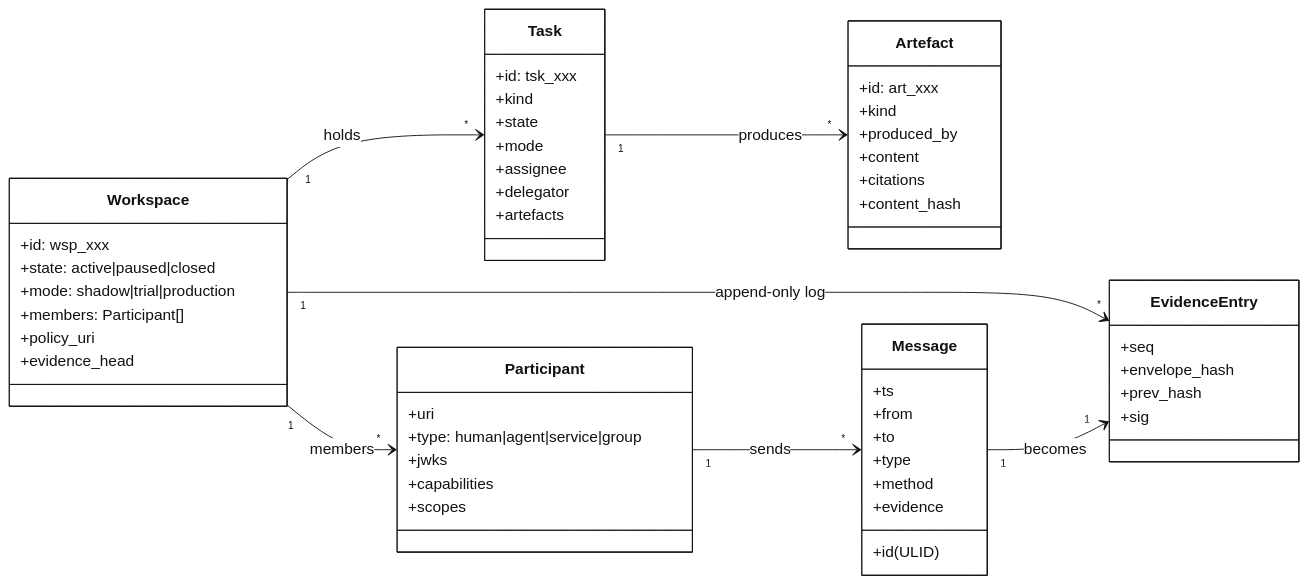
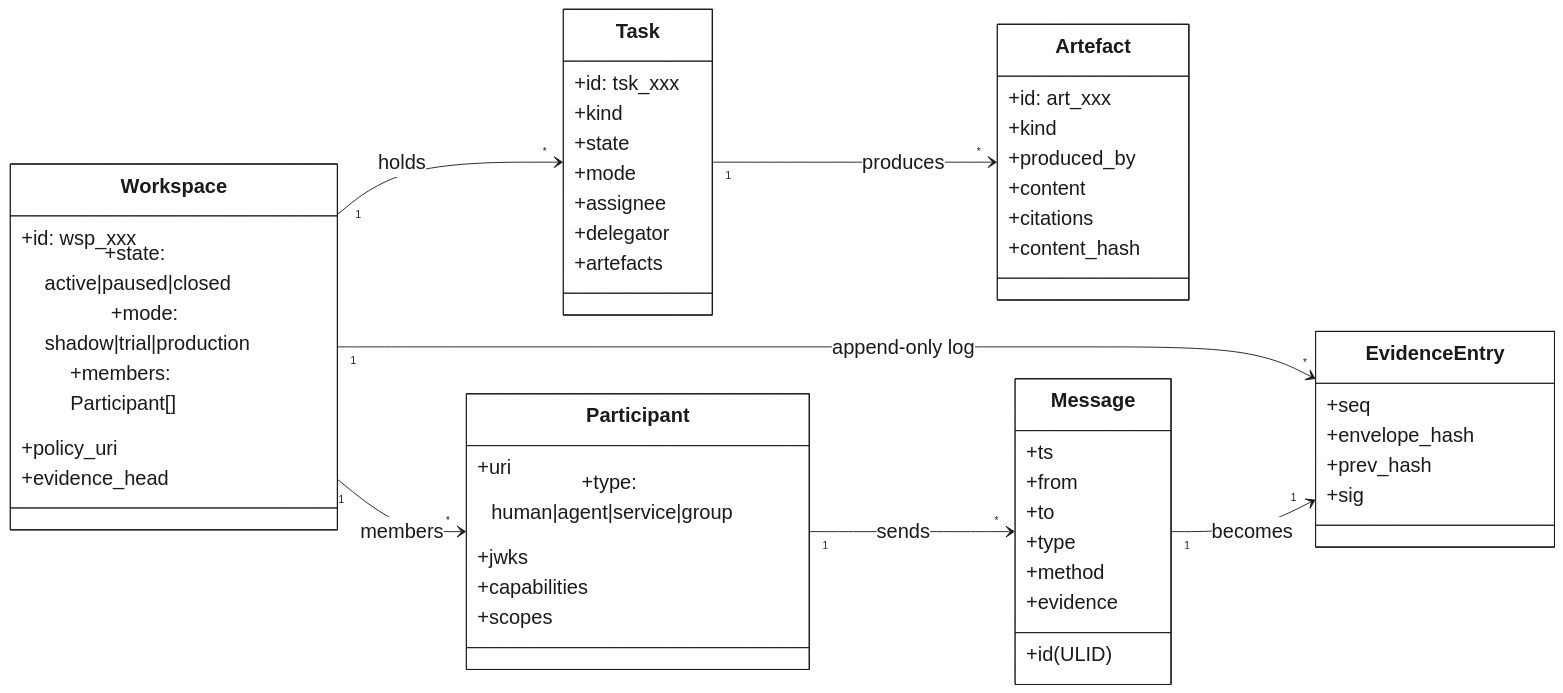
One commit to BrightbeamAI/chap changed the second of 9 diagrams in ARCHITECTURE.md. Above: the diagram before and after it, drawn with Mermaid. The commit also changed other lines of this file and 14 other files, not shown here.

````diff
--- a/ARCHITECTURE.md
+++ b/ARCHITECTURE.md
@@ -59,69 +59,69 @@
 ```mermaid
 %%{init: {
   "theme": "base",
   "themeVariables": {
-    "fontSize": "17px",
-    "fontFamily": "Helvetica, Arial, sans-serif",
+    "fontSize": "22px",
+    "fontFamily": "Arial, Helvetica, sans-serif",
     "primaryColor": "#ffffff",
-    "primaryTextColor": "#111111",
-    "primaryBorderColor": "#111111",
-    "lineColor": "#111111"
+    "primaryTextColor": "#1a1a1c",
+    "primaryBorderColor": "#1a1a1c",
+    "lineColor": "#1a1a1c"
   }
 }}%%
 classDiagram
     direction LR
     class Workspace {
       +id: wsp_xxx
       +state: active|paused|closed
       +mode: shadow|trial|production
       +members: Participant[]
       +policy_uri
       +evidence_head
     }
     class Participant {
       +uri
       +type: human|agent|service|group
       +jwks
       +capabilities
       +scopes
     }
     class Task {
       +id: tsk_xxx
       +kind
       +state
       +mode
       +assignee
       +delegator
       +artefacts
     }
     class Artefact {
       +id: art_xxx
       +kind
       +produced_by
       +content
       +citations
       +content_hash
     }
     class EvidenceEntry {
       +seq
       +envelope_hash
       +prev_hash
       +sig
     }
     class Message {
       +id (ULID)
       +ts
       +from
       +to
       +type
       +method
       +evidence
     }
 
     Workspace "1" --> "*" Participant : members
     Workspace "1" --> "*" Task        : holds
     Workspace "1" --> "*" EvidenceEntry : append-only log
     Task      "1" --> "*" Artefact    : produces
     Message   "1" --> "1" EvidenceEntry : becomes
     Participant "1" --> "*" Message   : sends
 ```
````
